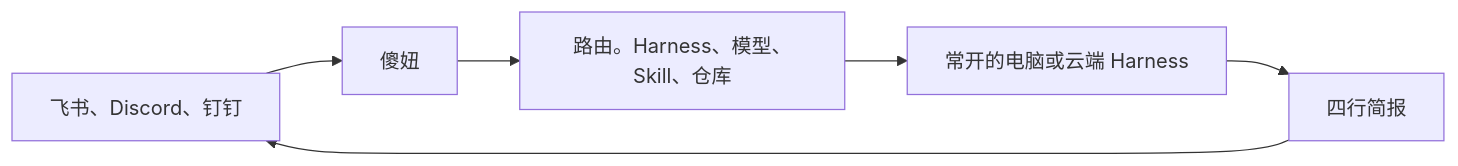
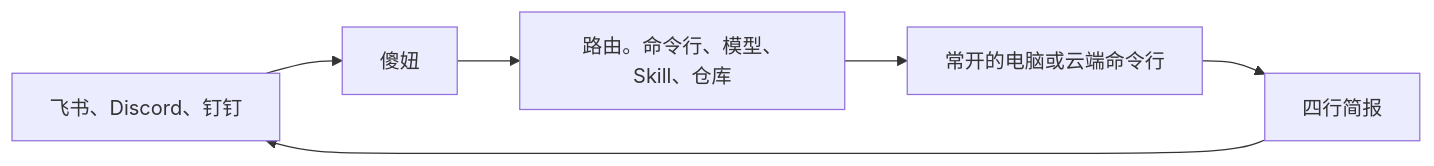
One commit to TheSecondStep/silly2060 changed the diagram in README.md. Above: the diagram before and after it, drawn with Mermaid. The commit also changed other lines of this file, not shown here.

First line of the commit message:
更正 Harness 只指傻妞，开机彩蛋保持可选。

````diff
--- a/README.md
+++ b/README.md
@@ -15,8 +17,8 @@
 ```mermaid
 flowchart LR
   you["飞书、Discord、钉钉"] --> niu["傻妞"]
-  niu --> route["路由。Harness、模型、Skill、仓库"]
-  route --> hands["常开的电脑或云端 Harness"]
+  niu --> route["路由。命令行、模型、Skill、仓库"]
+  route --> hands["常开的电脑或云端命令行"]
   hands --> brief["四行简报"]
   brief --> you
 ```
````
